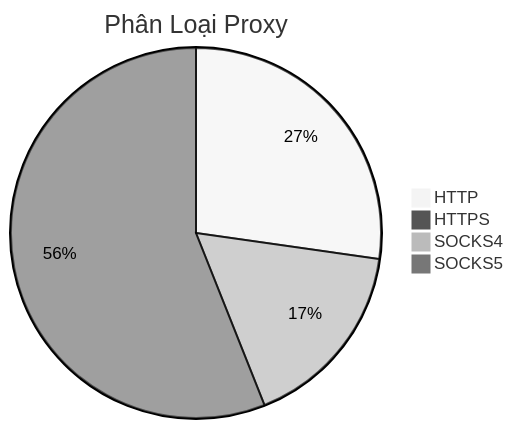
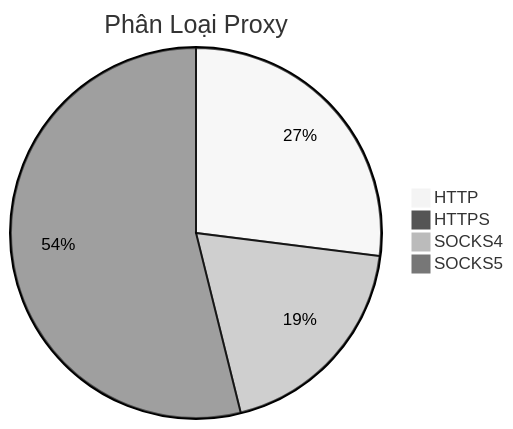
One commit to Ciara-12/PROXY-free changed the diagram in README.md. Above: the diagram before and after it, drawn with Mermaid (neutral theme). The commit also changed other lines of this file and 3 other files, not shown here.

````diff
--- a/README.md
+++ b/README.md
@@ -26,7 +26,7 @@
 ```mermaid
 pie title Phân Loại Proxy
-    "HTTP" : 461
+    "HTTP" : 285
     "HTTPS" : 1
-    "SOCKS4" : 283
-    "SOCKS5" : 948
+    "SOCKS4" : 202
+    "SOCKS5" : 569
 ```
````
